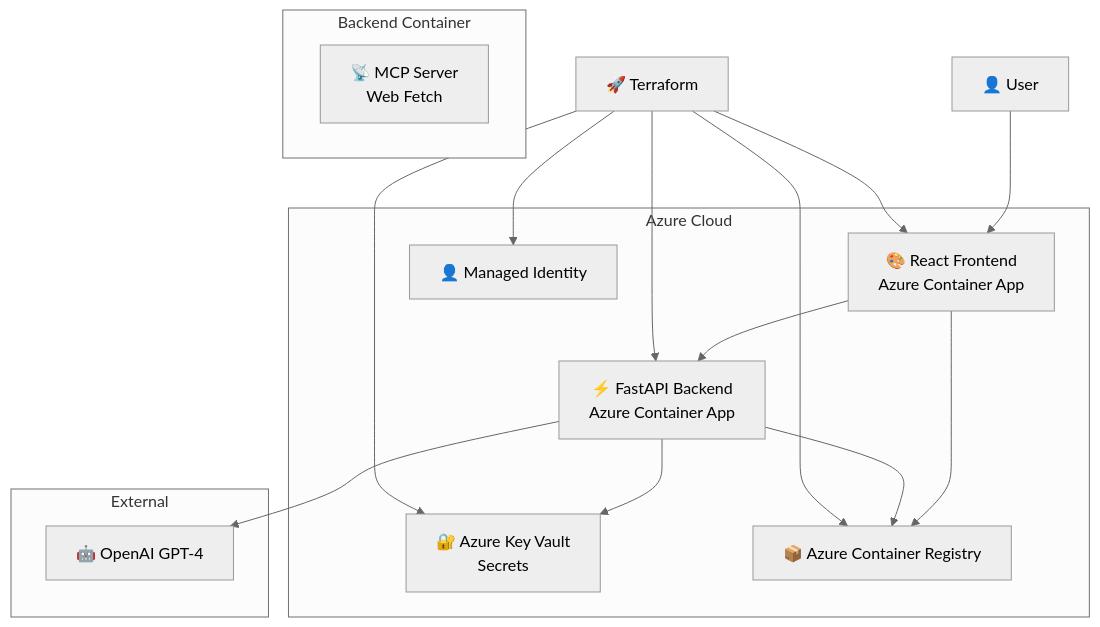
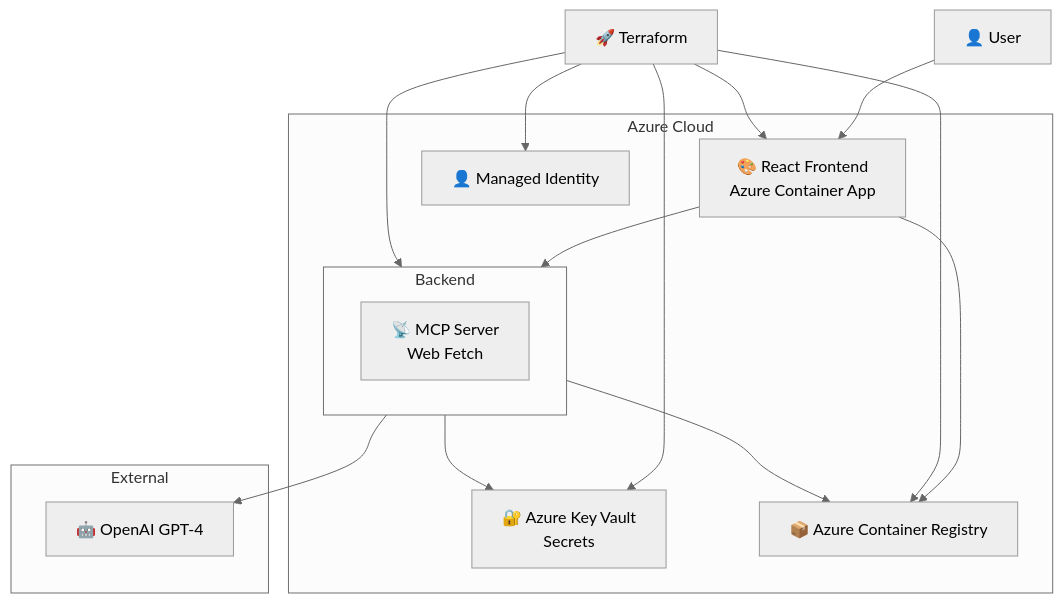
Before and after one commit to rafaelpierre/vibe-to-live-agents-mcp: the diagram in README.md, drawn with Mermaid (neutral theme).

Commit message:
container

````diff
--- a/README.md
+++ b/README.md
@@ -120,32 +120,30 @@
 ```mermaid
 graph TB
     User[👤 User] --> Frontend[🎨 React Frontend<br/>Azure Container App]
     Frontend --> Backend[⚡ FastAPI Backend<br/>Azure Container App]
     Backend --> OpenAI[🤖 OpenAI GPT-4]
     Backend --> KV[🔐 Azure Key Vault<br/>Secrets]
     
     Frontend --> ACR[📦 Azure Container Registry]
     Backend --> ACR
     
     TF[🚀 Terraform] --> ACR
     TF --> Frontend
     TF --> Backend
     TF --> KV
     TF --> MI[👤 Managed Identity]
     
-    subgraph "Backend Container"
-        MCP[📡 MCP Server<br/>Web Fetch]
-    end
-    
     subgraph "Azure Cloud"
         Frontend
-        Backend
+        subgraph Backend
+            MCP[📡 MCP Server<br/>Web Fetch]
+        end
         ACR
         KV
         MI
     end
     
     subgraph "External"
         OpenAI
     end
 ```
````
